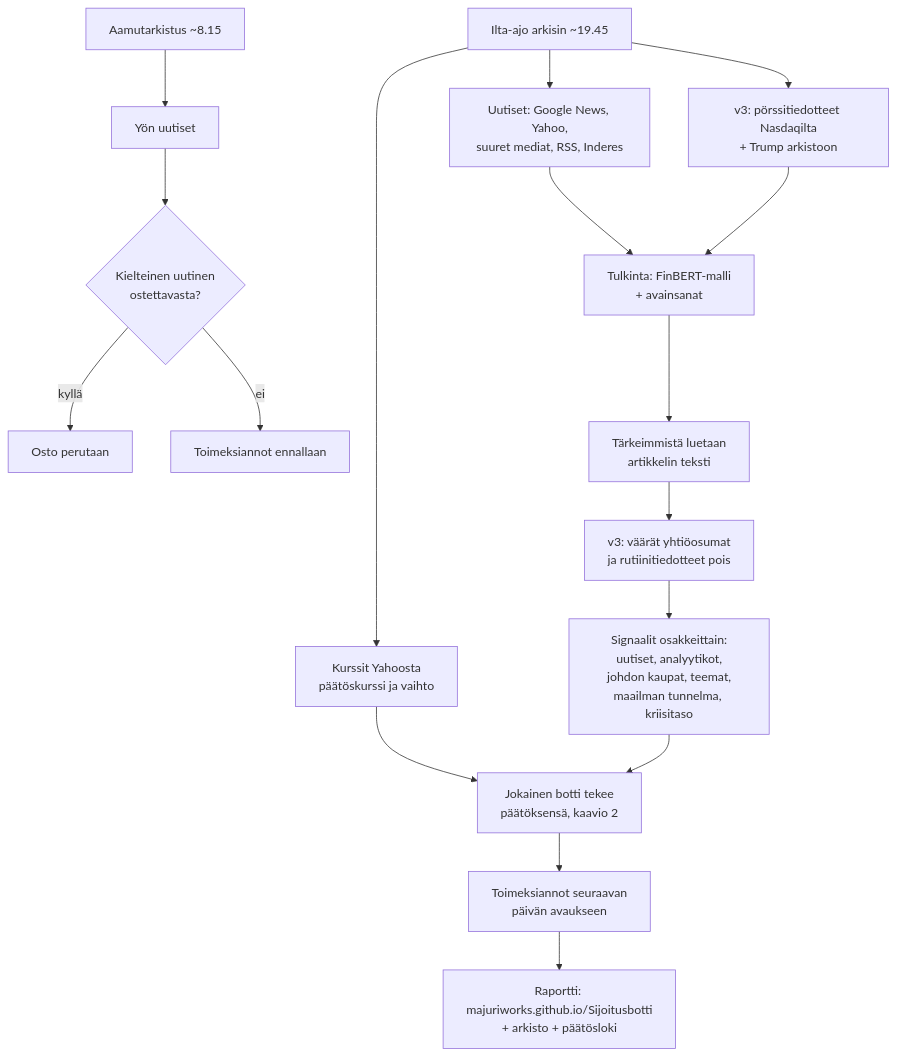
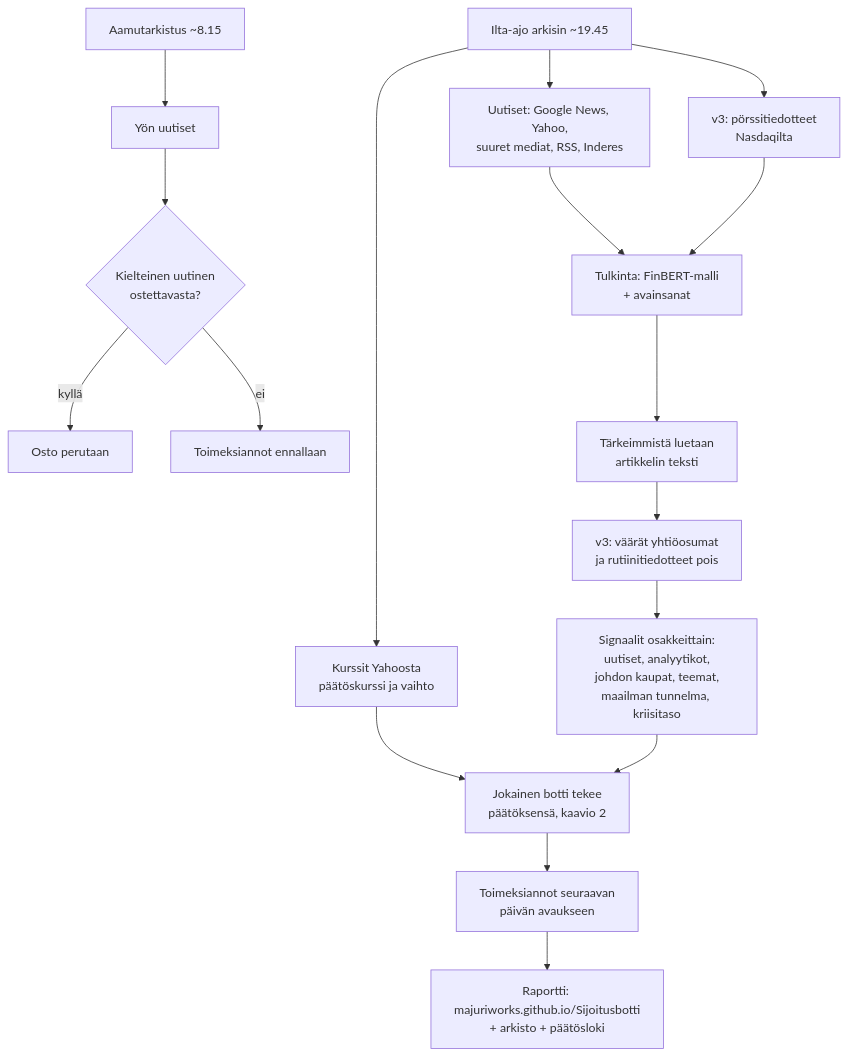
Before and after one commit to MajuriWorks/Sijoitusbotti: the first of 2 diagrams in TOIMINTA.md, drawn with Mermaid.

Commit message:
TOIMINTA.md: Trump pois kaaviosta (ei vaikuta päätöksiin)
Claude-Session: https://claude.ai/code/session_01PkVrp7XRzRr7Nzu5n1xV7Q

````diff
--- a/TOIMINTA.md
+++ b/TOIMINTA.md
@@ -11,19 +11,19 @@
 ```mermaid
 flowchart TD
     A[Ilta-ajo arkisin ~19.45] --> B[Kurssit Yahoosta<br/>päätöskurssi ja vaihto]
     A --> C[Uutiset: Google News, Yahoo,<br/>suuret mediat, RSS, Inderes]
-    A --> D[v3: pörssitiedotteet Nasdaqilta<br/>+ Trump arkistoon]
+    A --> D[v3: pörssitiedotteet<br/>Nasdaqilta]
     C --> E[Tulkinta: FinBERT-malli<br/>+ avainsanat]
     D --> E
     E --> F[Tärkeimmistä luetaan<br/>artikkelin teksti]
     F --> G[v3: väärät yhtiöosumat<br/>ja rutiinitiedotteet pois]
     G --> H[Signaalit osakkeittain:<br/>uutiset, analyytikot,<br/>johdon kaupat, teemat,<br/>maailman tunnelma, kriisitaso]
     B --> I
     H --> I[Jokainen botti tekee<br/>päätöksensä, kaavio 2]
     I --> J[Toimeksiannot seuraavan<br/>päivän avaukseen]
     J --> K[Raportti: majuriworks.github.io/Sijoitusbotti<br/>+ arkisto + päätösloki]
     L[Aamutarkistus ~8.15] --> M[Yön uutiset]
     M --> N{Kielteinen uutinen<br/>ostettavasta?}
     N -- kyllä --> O[Osto perutaan]
     N -- ei --> P[Toimeksiannot ennallaan]
 ```
````
